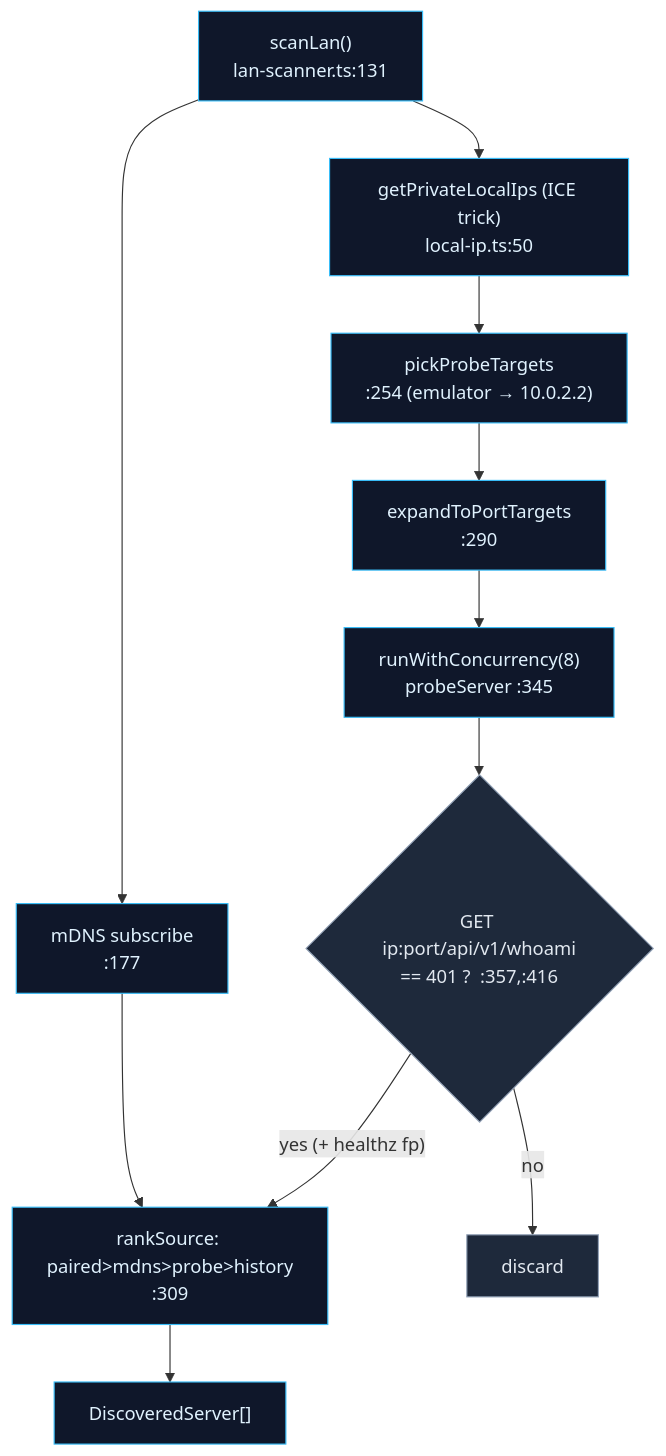
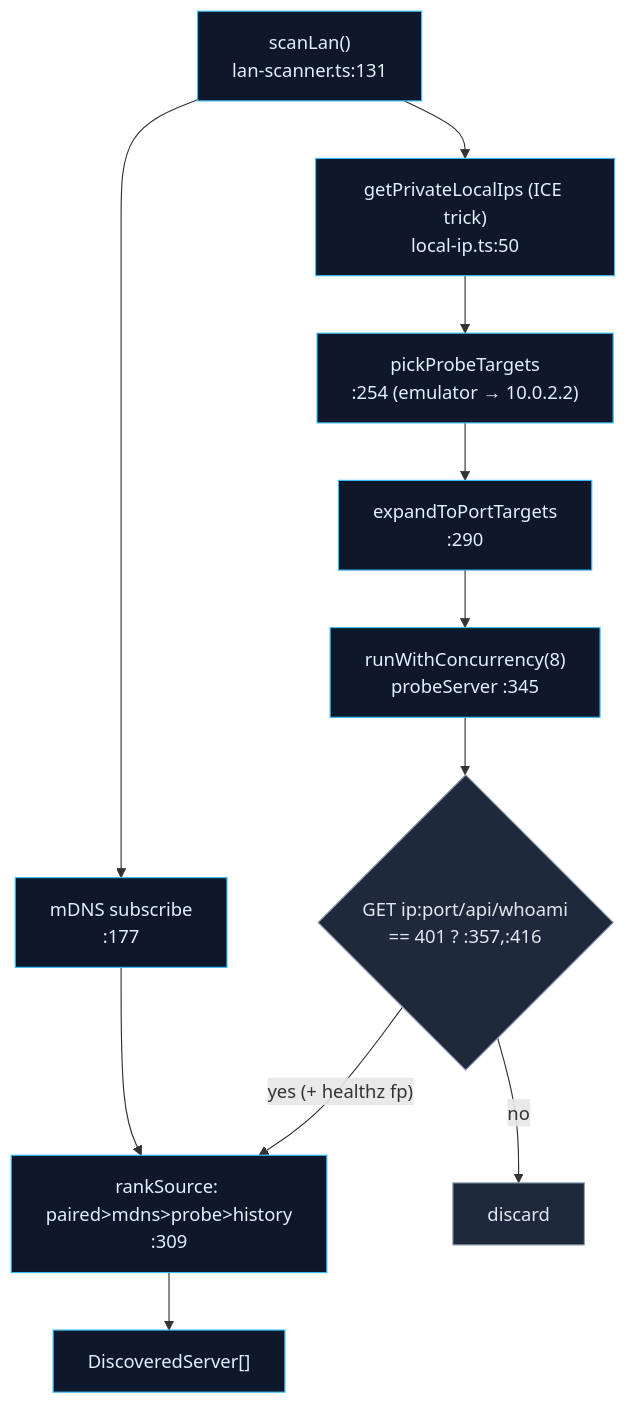
One commit to MaxQian888/cognia-next changed the diagram in docs/content/docs/en/ui/mobile-architecture/discovery-pairing.mdx. Above: the diagram before and after it, drawn with Mermaid. The commit also changed other lines of this file and 101 other files, not shown here.

Commit message:
docs: synchronize architecture and subsystem references

````diff
--- a/docs/content/docs/en/ui/mobile-architecture/discovery-pairing.mdx
+++ b/docs/content/docs/en/ui/mobile-architecture/discovery-pairing.mdx
@@ -42,23 +43,23 @@
 ```mermaid
 flowchart TB
   SCAN["scanLan()<br/>lan-scanner.ts:131"]
   MDNS["mDNS subscribe<br/>:177"]
   IPS["getPrivateLocalIps (ICE trick)<br/>local-ip.ts:50"]
   TGT["pickProbeTargets<br/>:254 (emulator → 10.0.2.2)"]
   EXP["expandToPortTargets<br/>:290"]
   CONC["runWithConcurrency(8)<br/>probeServer :345"]
-  PROBE{"GET ip:port/api/v1/whoami<br/>== 401 ?  :357,:416"}
+  PROBE{"GET ip:port/api/whoami<br/>== 401 ?  :357,:416"}
   RANK["rankSource: paired>mdns>probe>history<br/>:309"]
   RESULT["DiscoveredServer[]"]
 
   SCAN --> MDNS --> RANK
   SCAN --> IPS --> TGT --> EXP --> CONC --> PROBE
   PROBE -- "yes (+ healthz fp)" --> RANK
   PROBE -- "no" --> DROP["discard"]
   RANK --> RESULT
 
   classDef d fill:#0f172a,stroke:#38bdf8,color:#e0f2fe
   classDef q fill:#1e293b,stroke:#94a3b8,color:#e2e8f0
   class SCAN,MDNS,IPS,TGT,EXP,CONC,RANK,RESULT d
   class PROBE,DROP q
 ```
````
